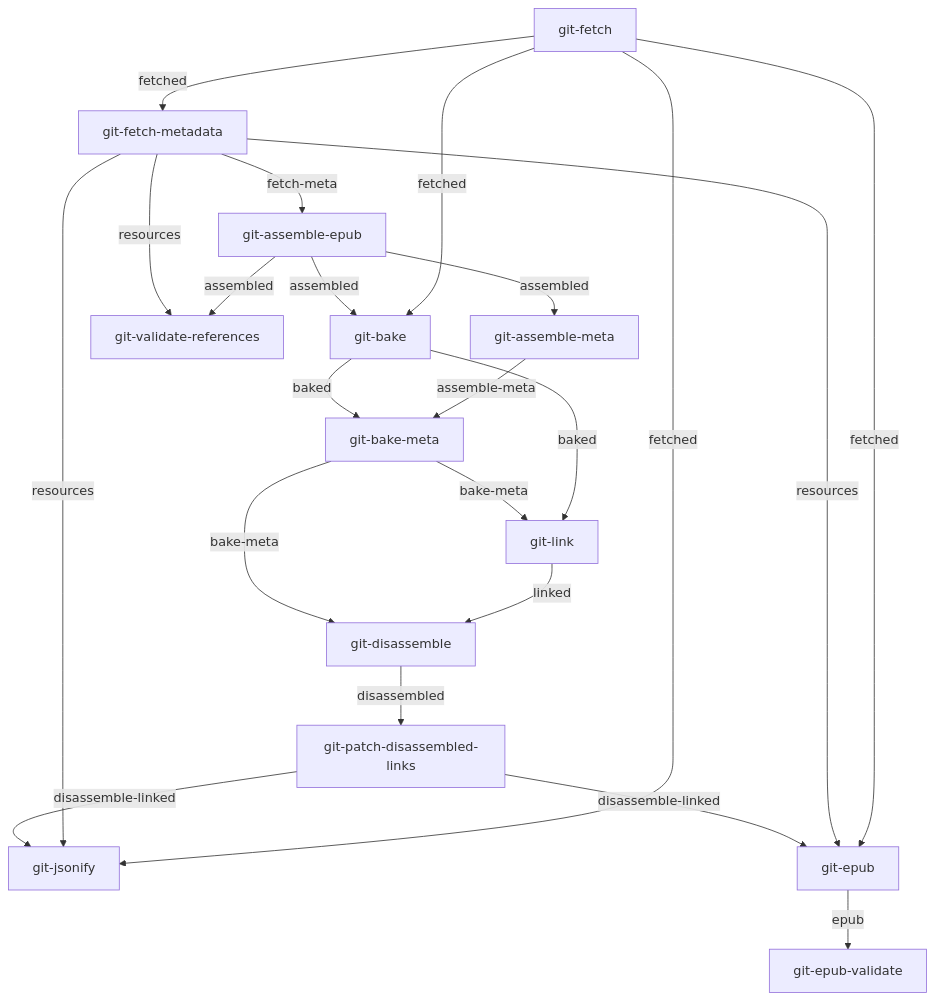
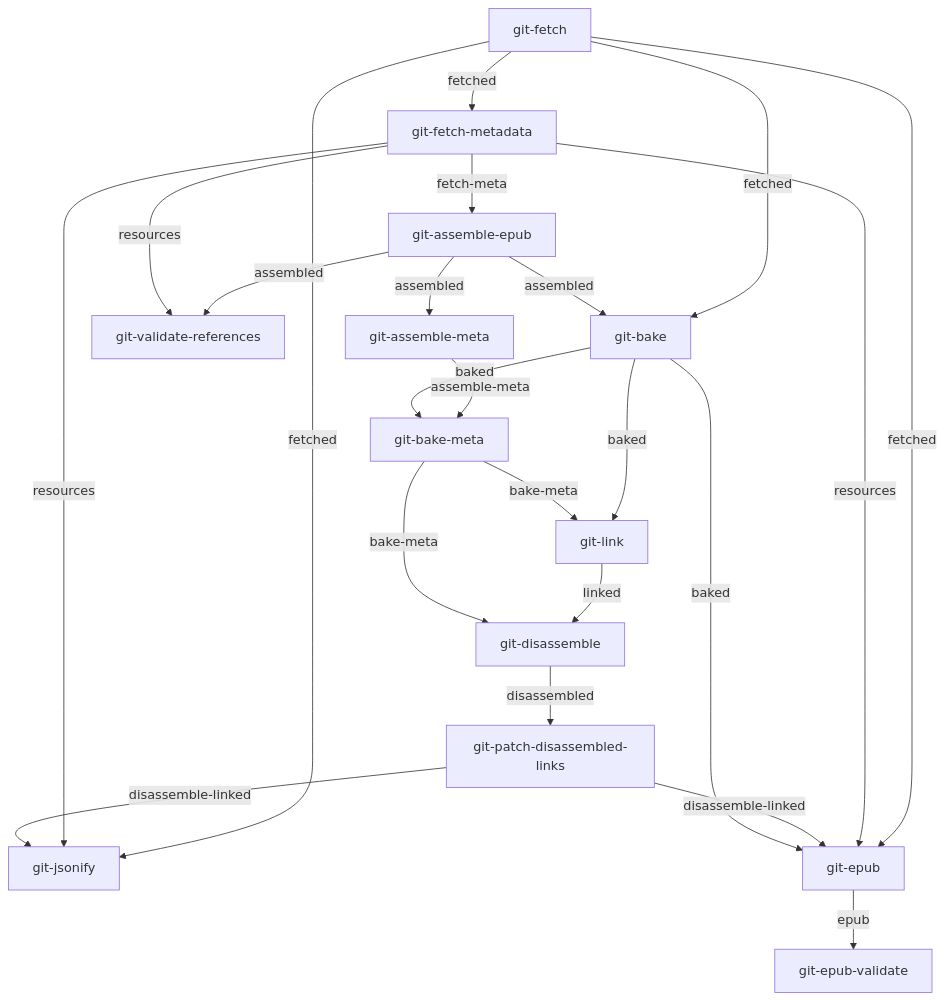
The third of 6 diagrams in build-concourse/graphs/README.md (openstax/enki), drawn with Mermaid before and after one commit.

Commit message:
update graph

````diff
--- a/build-concourse/graphs/README.md
+++ b/build-concourse/graphs/README.md
@@ -68,24 +68,25 @@
 ```mermaid
 graph TB
     git-fetch -- fetched --> git-fetch-metadata
     git-fetch-metadata -- fetch-meta --> git-assemble-epub
     git-assemble-epub -- assembled --> git-assemble-meta
     git-assemble-epub -- assembled --> git-validate-references
     git-fetch-metadata -- resources --> git-validate-references
     git-fetch -- fetched --> git-bake
     git-assemble-epub -- assembled --> git-bake
     git-assemble-meta -- assemble-meta --> git-bake-meta
     git-bake -- baked --> git-bake-meta
     git-bake -- baked --> git-link
     git-bake-meta -- bake-meta --> git-link
     git-link -- linked --> git-disassemble
     git-bake-meta -- bake-meta --> git-disassemble
     git-disassemble -- disassembled --> git-patch-disassembled-links
     git-fetch -- fetched --> git-jsonify
     git-fetch-metadata -- resources --> git-jsonify
     git-patch-disassembled-links -- disassemble-linked --> git-jsonify
     git-fetch -- fetched --> git-epub
     git-fetch-metadata -- resources --> git-epub
     git-patch-disassembled-links -- disassemble-linked --> git-epub
+    git-bake -- baked --> git-epub
     git-epub -- epub --> git-epub-validate
 ```
````
